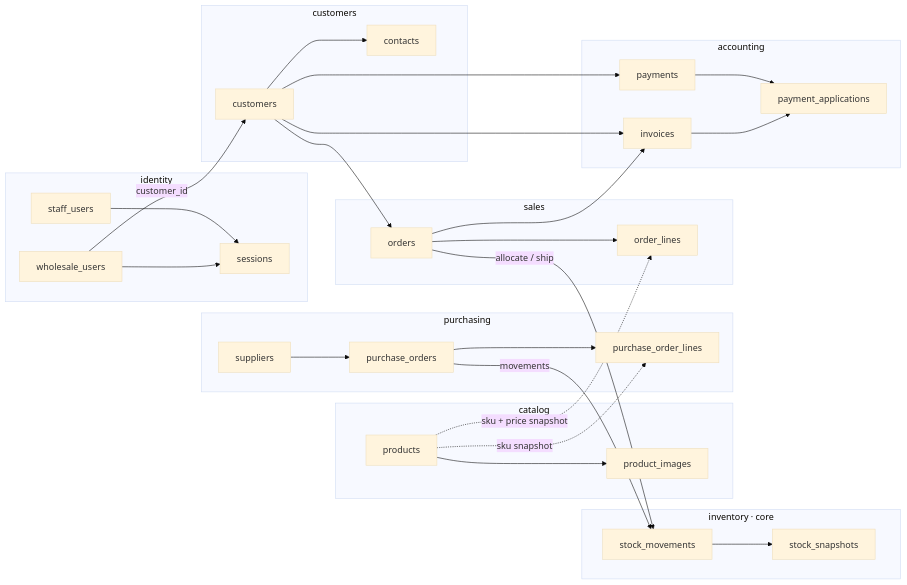
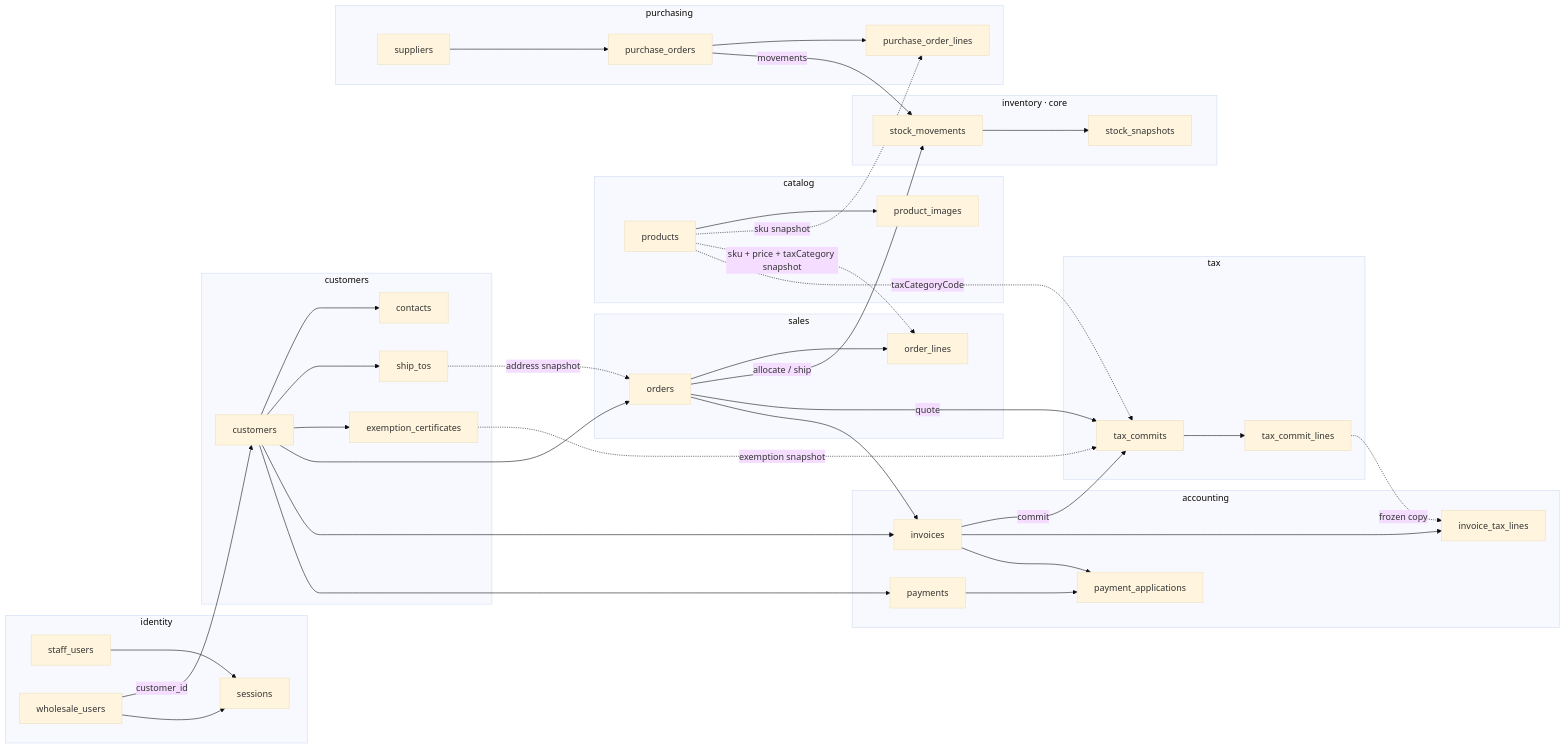
The first of 4 diagrams in docs/database-design.md (adamhinckley/dc-inventory), drawn with Mermaid (base theme) before and after one commit. The commit also changed other lines of this file and 19 other files, not shown here.

First line of the commit message:
Put a tax engine on the v1 path: quote, commit, freeze.

````diff
--- a/docs/database-design.md
+++ b/docs/database-design.md
@@ -14,64 +14,82 @@
 ```mermaid
 flowchart LR
   subgraph identity["identity"]
     staff_users
     wholesale_users
     sessions
   end
 
   subgraph catalog["catalog"]
     products
     product_images
   end
 
+  subgraph customers["customers"]
+    customers_t["customers"]
+    contacts
+    ship_tos["ship_tos"]
+    exemption_certificates
+  end
+
+  subgraph tax["tax"]
+    tax_commits
+    tax_commit_lines
+  end
+
   subgraph inventory["inventory · core"]
     stock_movements
     stock_snapshots
   end
 
   subgraph purchasing["purchasing"]
     suppliers
     purchase_orders
     purchase_order_lines
   end
 
-  subgraph customers["customers"]
-    customers_t["customers"]
-    contacts
-  end
-
   subgraph sales["sales"]
     orders
     order_lines
   end
 
   subgraph accounting["accounting"]
     invoices
+    invoice_tax_lines
     payments
     payment_applications
   end
 
   wholesale_users -->|customer_id| customers_t
   staff_users --> sessions
   wholesale_users --> sessions
 
   products --> product_images
   products -.->|sku snapshot| purchase_order_lines
-  products -.->|sku + price snapshot| order_lines
+  products -.->|sku + price + taxCategory snapshot| order_lines
+  products -.->|taxCategoryCode| tax_commits
 
   suppliers --> purchase_orders
   purchase_orders --> purchase_order_lines
   purchase_orders -->|movements| stock_movements
 
   customers_t --> contacts
+  customers_t --> ship_tos
+  customers_t --> exemption_certificates
   customers_t --> orders
+  ship_tos -.->|address snapshot| orders
+  exemption_certificates -.->|exemption snapshot| tax_commits
   orders --> order_lines
   orders -->|allocate / ship| stock_movements
+  orders -->|quote| tax_commits
   stock_movements --> stock_snapshots
 
   orders --> invoices
+  invoices -->|commit| tax_commits
+  tax_commits --> tax_commit_lines
+  tax_commit_lines -.->|frozen copy| invoice_tax_lines
+  invoices --> invoice_tax_lines
   customers_t --> invoices
   customers_t --> payments
   payments --> payment_applications
   invoices --> payment_applications
 ```
````
